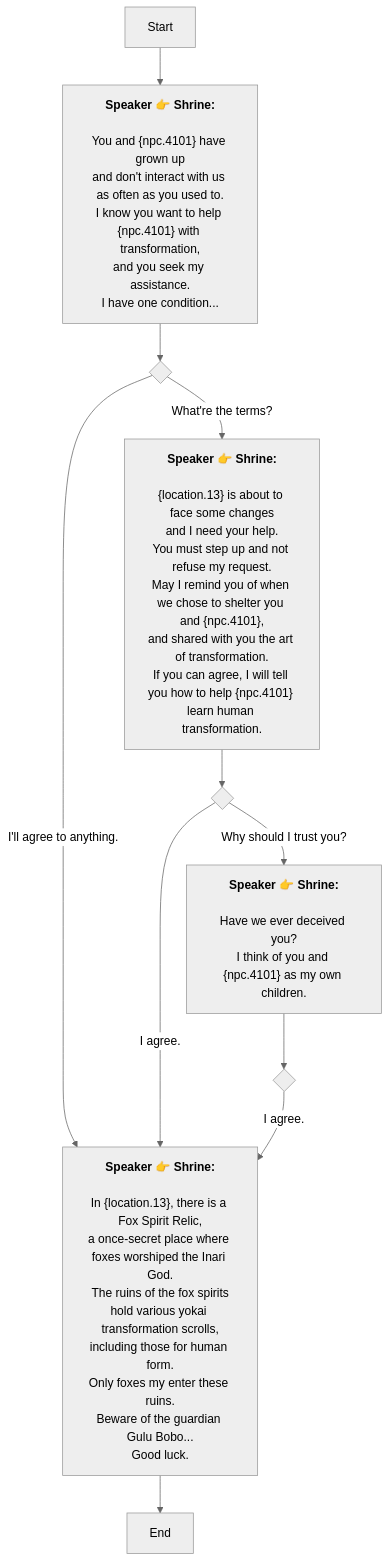
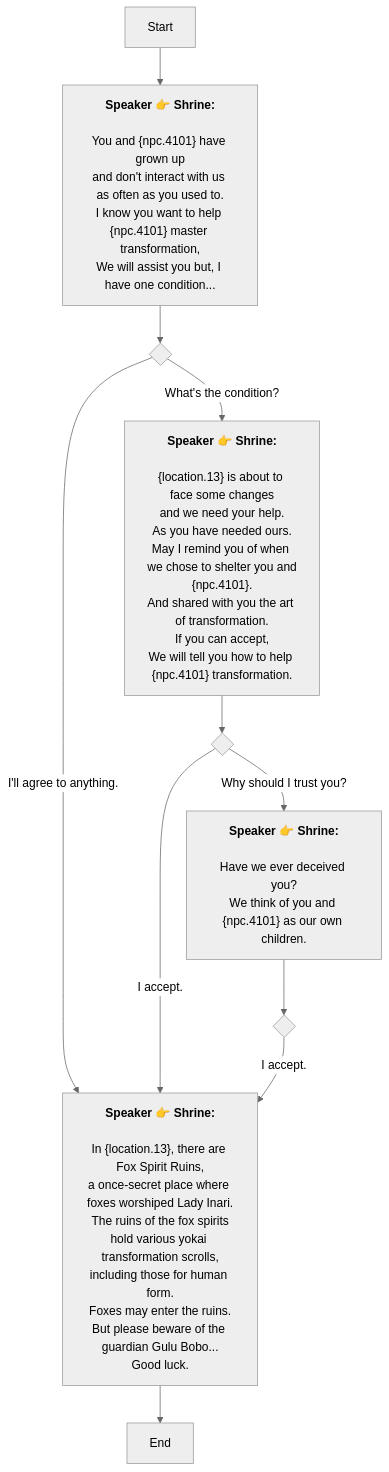
Before and after one commit to SoftHu/tos_avg: the diagram in En/QuestTalkObjectiveNode_1738550119098627.md, drawn with Mermaid (neutral theme). The commit also changed 312 other files, not shown here.

````diff
--- a/En/QuestTalkObjectiveNode_1738550119098627.md
+++ b/En/QuestTalkObjectiveNode_1738550119098627.md
@@ -1,58 +1,58 @@
 ```mermaid
 graph
 Start -->1738550145333510[<b>Speaker 👉 Shrine:</b>
 
 You and &lbrace;npc.4101&rbrace; have grown up
 and don't interact with us as often as you used to.
-I know you want to help &lbrace;npc.4101&rbrace; with transformation,
-and you seek my assistance.
-I have one condition...]
+I know you want to help &lbrace;npc.4101&rbrace; master transformation,
+We will assist you but, I have one condition...]
 1738550145333510 -->1738550565798151{ }
-1738550565798151 -->|What're the terms?|1738550618203404[<b>Speaker 👉 Shrine:</b>
+1738550565798151 -->|What's the condition?|1738550618203404[<b>Speaker 👉 Shrine:</b>
 
 &lbrace;location.13&rbrace; is about to face some changes
-and I need your help.
-You must step up and not refuse my request.
-May I remind you of when we chose to shelter you 
-and &lbrace;npc.4101&rbrace;,
-and shared with you the art of transformation.
-If you can agree, I will tell you how to help &lbrace;npc.4101&rbrace; learn human transformation.]
+and we need your help.
+As you have needed ours.
+May I remind you of when we chose to shelter you and
+&lbrace;npc.4101&rbrace;.
+And shared with you the art of transformation.
+If you can accept,
+We will tell you how to help &lbrace;npc.4101&rbrace; transformation.]
 1738550565798151 -->|I'll agree to anything.|1738550822708499[<b>Speaker 👉 Shrine:</b>
 
-In &lbrace;location.13&rbrace;, there is a Fox Spirit Relic,
-a once-secret place where foxes worshiped the Inari God.
+In &lbrace;location.13&rbrace;, there are Fox Spirit Ruins,
+a once-secret place where foxes worshiped Lady Inari.
 The ruins of the fox spirits
 hold various yokai transformation scrolls,
 including those for human form.
-Only foxes my enter these ruins.
-Beware of the guardian Gulu Bobo...
+Foxes may enter the ruins.
+But please beware of the guardian Gulu Bobo...
 Good luck.]
 1738550618203404 -->1738550730254605{ }
 1738550730254605 -->|Why should I trust you?|1738550764796178[<b>Speaker 👉 Shrine:</b>
 
 Have we ever deceived you?
-I think of you and &lbrace;npc.4101&rbrace; as my own children.]
-1738550730254605 -->|I agree.|1738550822708499[<b>Speaker 👉 Shrine:</b>
+We think of you and &lbrace;npc.4101&rbrace; as our own children.]
+1738550730254605 -->|I accept.|1738550822708499[<b>Speaker 👉 Shrine:</b>
 
-In &lbrace;location.13&rbrace;, there is a Fox Spirit Relic,
-a once-secret place where foxes worshiped the Inari God.
+In &lbrace;location.13&rbrace;, there are Fox Spirit Ruins,
+a once-secret place where foxes worshiped Lady Inari.
 The ruins of the fox spirits
 hold various yokai transformation scrolls,
 including those for human form.
-Only foxes my enter these ruins.
-Beware of the guardian Gulu Bobo...
+Foxes may enter the ruins.
+But please beware of the guardian Gulu Bobo...
 Good luck.]
 1738550764796178 -->1738550844145941{ }
-1738550844145941 -->|I agree.|1738550822708499[<b>Speaker 👉 Shrine:</b>
+1738550844145941 -->|I accept.|1738550822708499[<b>Speaker 👉 Shrine:</b>
 
-In &lbrace;location.13&rbrace;, there is a Fox Spirit Relic,
-a once-secret place where foxes worshiped the Inari God.
+In &lbrace;location.13&rbrace;, there are Fox Spirit Ruins,
+a once-secret place where foxes worshiped Lady Inari.
 The ruins of the fox spirits
 hold various yokai transformation scrolls,
 including those for human form.
-Only foxes my enter these ruins.
-Beware of the guardian Gulu Bobo...
+Foxes may enter the ruins.
+But please beware of the guardian Gulu Bobo...
 Good luck.]
 1738550822708499 -->1738550989306136[End]
 
  ```
````
